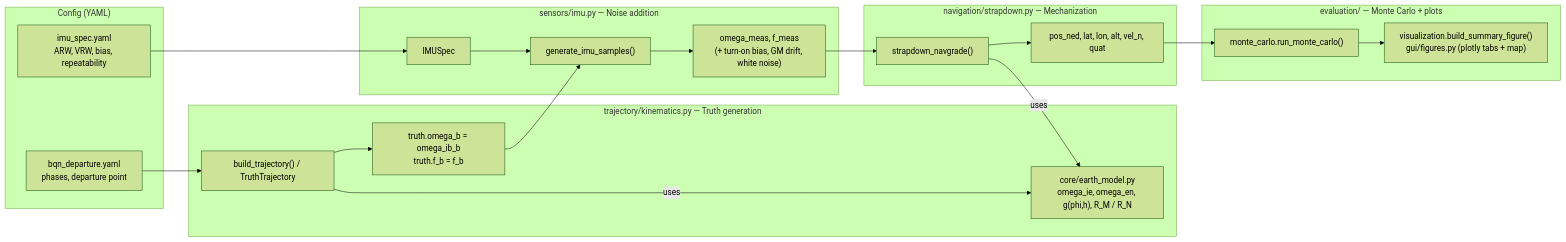
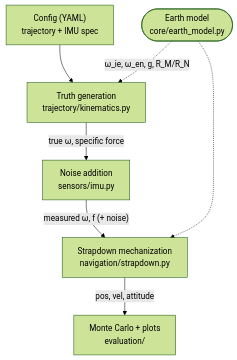
Before and after one commit to jorgieo/ins_sim: the diagram in README.md, drawn with Mermaid (forest theme). The commit also changed other lines of this file and 2 other files, not shown here.

Commit message:
Refactor flowchart diagrams in documentation for clarity and consistency

````diff
--- a/README.md
+++ b/README.md
@@ -125,38 +125,16 @@
 ```mermaid
-flowchart LR
-    subgraph CFG["Config (YAML)"]
-        TRAJ_YAML["bqn_departure.yaml<br/>phases, departure point"]
-        IMU_YAML["imu_spec.yaml<br/>ARW, VRW, bias, repeatability"]
-    end
+flowchart TD
+    CFG["Config (YAML)<br/>trajectory + IMU spec"]
+    TRUTH["Truth generation<br/>trajectory/kinematics.py"]
+    SENSOR["Noise addition<br/>sensors/imu.py"]
+    NAV["Strapdown mechanization<br/>navigation/strapdown.py"]
+    EVAL["Monte Carlo + plots<br/>evaluation/"]
+    EARTH(["Earth model<br/>core/earth_model.py"])
 
-    subgraph TRUTH["trajectory/kinematics.py — Truth generation"]
-        BUILD["build_trajectory() / TruthTrajectory"]
-        EARTH["core/earth_model.py<br/>omega_ie, omega_en, g(phi,h), R_M / R_N"]
-        BUILD -- uses --> EARTH
-        BUILD --> OMEGA_B["truth.omega_b = omega_ib_b<br/>truth.f_b = f_b"]
-    end
-
-    subgraph SENSOR["sensors/imu.py — Noise addition"]
-        SPEC["IMUSpec"]
-        GEN["generate_imu_samples()"]
-        SPEC --> GEN
-        OMEGA_B --> GEN
-        GEN --> MEAS["omega_meas, f_meas<br/>(+ turn-on bias, GM drift, white noise)"]
-    end
-
-    subgraph NAV["navigation/strapdown.py — Mechanization"]
-        STRAP["strapdown_navgrade()"]
-        MEAS --> STRAP
-        STRAP -- uses --> EARTH
-        STRAP --> OUT["pos_ned, lat, lon, alt, vel_n, quat"]
-    end
-
-    subgraph EVAL["evaluation/ — Monte Carlo + plots"]
-        MC["monte_carlo.run_monte_carlo()"]
-        VIZ["visualization.build_summary_figure()<br/>gui/figures.py (plotly tabs + map)"]
-        OUT --> MC --> VIZ
-    end
-
-    TRAJ_YAML --> BUILD
-    IMU_YAML --> SPEC
+    CFG --> TRUTH
+    TRUTH -->|"true ω, specific force"| SENSOR
+    SENSOR -->|"measured ω, f (+ noise)"| NAV
+    NAV -->|"pos, vel, attitude"| EVAL
+    EARTH -.->|"ω_ie, ω_en, g, R_M/R_N"| TRUTH
+    EARTH -.-> NAV
 ```
````
